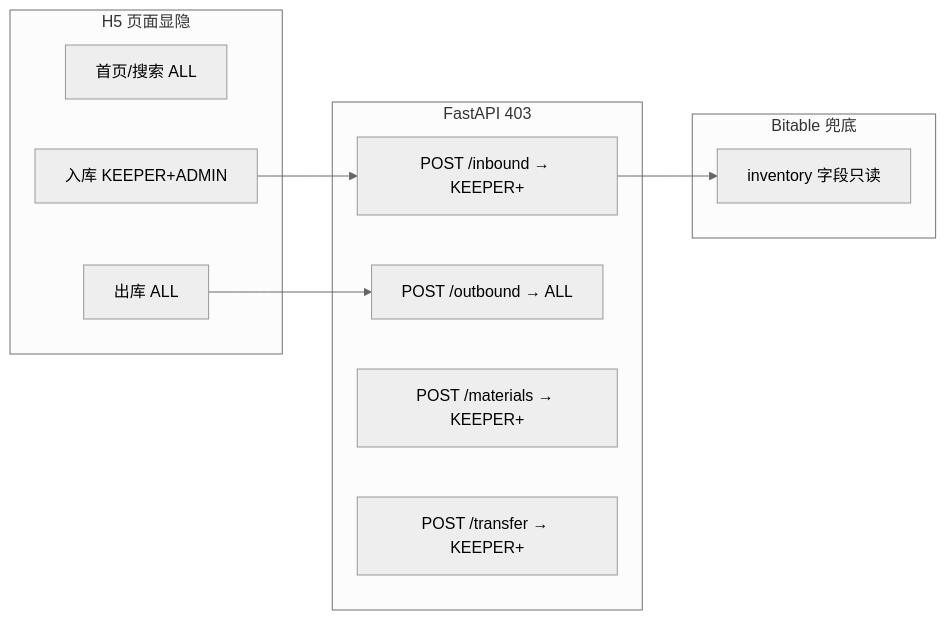
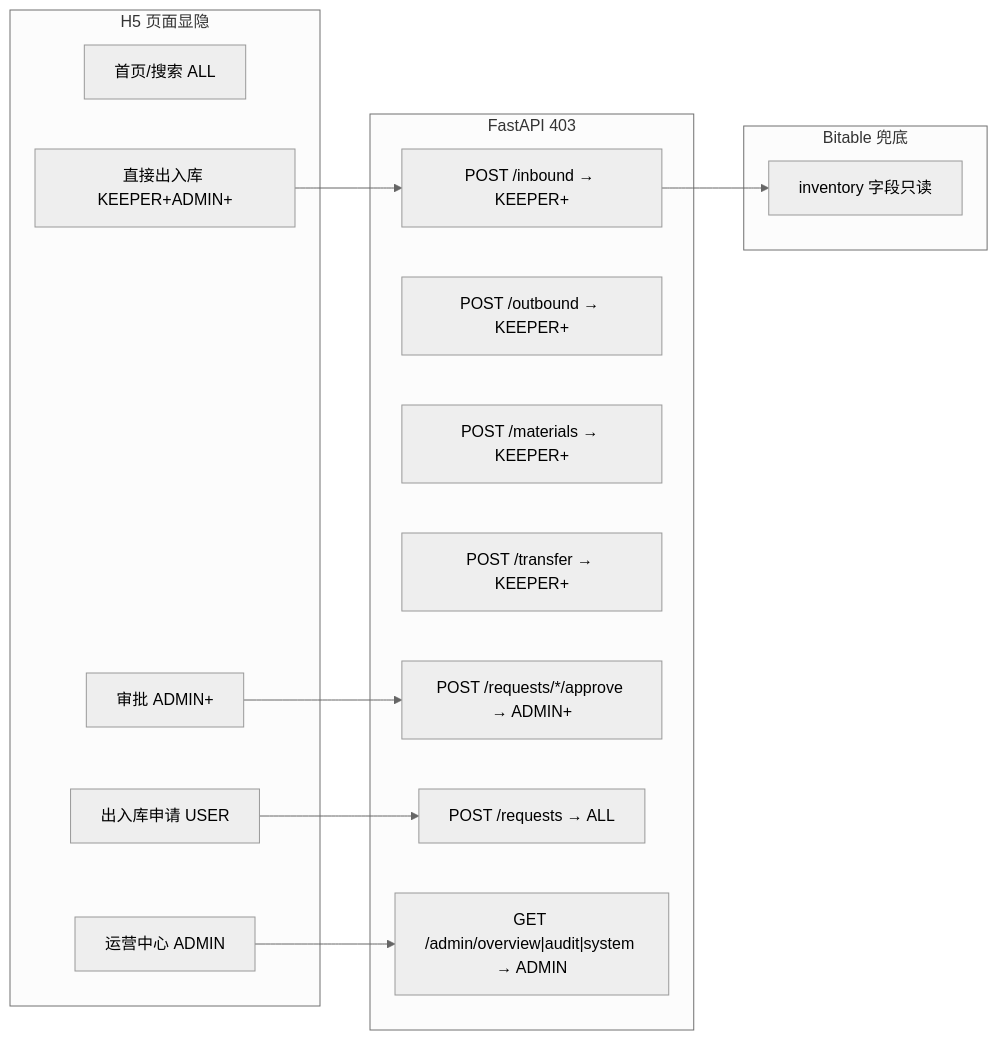
One commit to algo-boost/stock-flow changed diagram 11 of 13 in docs/架构设计文档.md. Above: the diagram before and after it, drawn with Mermaid (neutral theme). The commit also changed other lines of this file and 62 other files, not shown here.

````diff
--- a/docs/架构设计文档.md
+++ b/docs/架构设计文档.md
@@ -736,22 +794,29 @@
 ```mermaid
 flowchart LR
     subgraph H5["H5 页面显隐"]
         P1["首页/搜索 ALL"]
-        P2["出库 ALL"]
-        P3["入库 KEEPER+ADMIN"]
+        P2["出入库申请 USER"]
+        P3["直接出入库 KEEPER+ADMIN+"]
+        P4["审批 ADMIN+"]
+        P5["运营中心 ADMIN"]
     end
 
     subgraph API["FastAPI 403"]
         A1["POST /inbound → KEEPER+"]
-        A2["POST /outbound → ALL"]
+        A2["POST /outbound → KEEPER+"]
         A3["POST /materials → KEEPER+"]
         A4["POST /transfer → KEEPER+"]
+        A5["POST /requests/*/approve → ADMIN+"]
+        A6["POST /requests → ALL"]
+        A7["GET /admin/overview|audit|system → ADMIN"]
     end
 
     subgraph BT["Bitable 兜底"]
         B1["inventory 字段只读"]
     end
 
     P3 --> A1 --> B1
-    P2 --> A2
+    P2 --> A6
+    P4 --> A5
+    P5 --> A7
 ```
````
